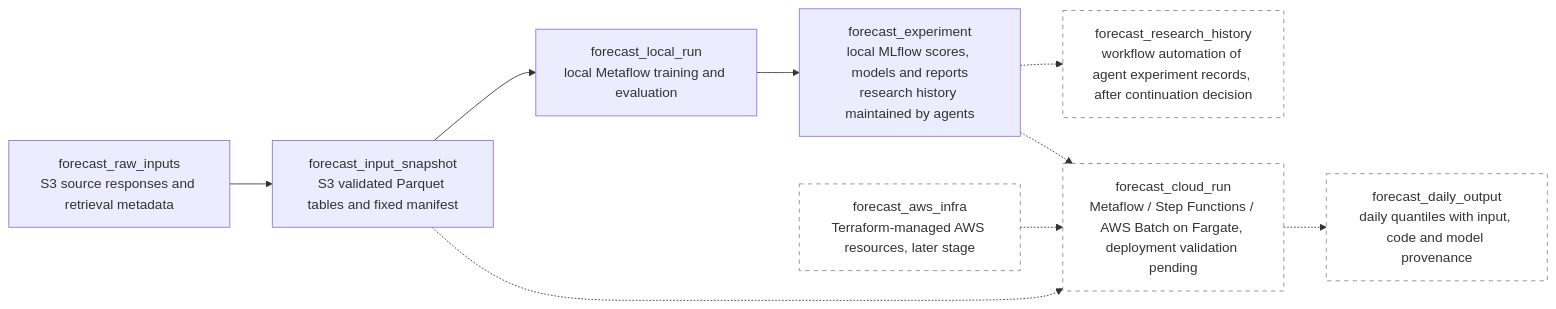
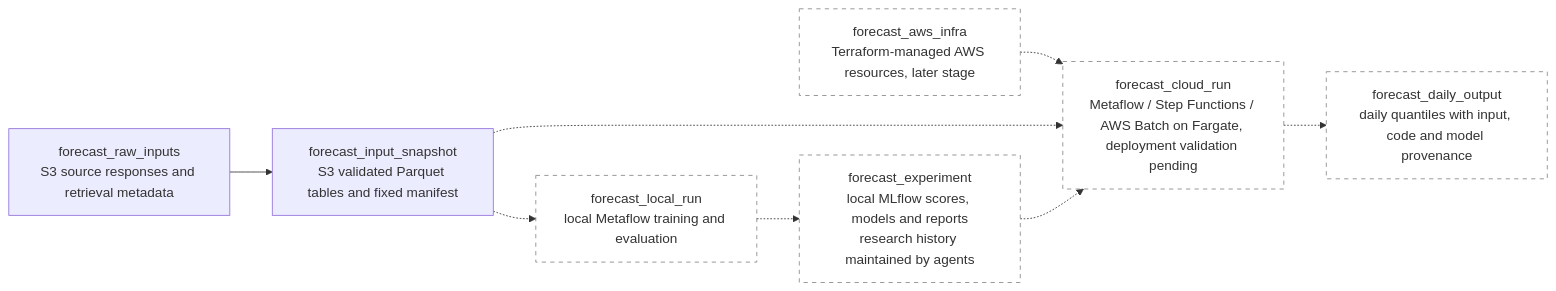
One commit to zoltanmaric/coppersushi changed the diagram in wiki/price-forecasting.md. Above: the diagram before and after it, drawn with Mermaid.

Commit message:
Defer architecture presentation to the frontend layer

````diff
--- a/wiki/price-forecasting.md
+++ b/wiki/price-forecasting.md
@@ -17,25 +19,22 @@
 ```mermaid
 flowchart LR
     classDef planned stroke-dasharray: 5 5,stroke:#888,fill:none
 
     forecast_raw_inputs["forecast_raw_inputs<br/>S3 source responses and retrieval metadata"]
     forecast_input_snapshot["forecast_input_snapshot<br/>S3 validated Parquet tables and fixed manifest"]
-    forecast_local_run["forecast_local_run<br/>local Metaflow training and evaluation"]
-    forecast_experiment["forecast_experiment<br/>local MLflow scores, models and reports<br/>research history maintained by agents"]
+    forecast_local_run["forecast_local_run<br/>local Metaflow training and evaluation"]:::planned
+    forecast_experiment["forecast_experiment<br/>local MLflow scores, models and reports<br/>research history maintained by agents"]:::planned
 
     forecast_raw_inputs --> forecast_input_snapshot
-    forecast_input_snapshot --> forecast_local_run
-    forecast_local_run --> forecast_experiment
-
-    forecast_research_history["forecast_research_history<br/>workflow automation of agent experiment records, after continuation decision"]:::planned
-    forecast_experiment -.-> forecast_research_history
+    forecast_input_snapshot -.-> forecast_local_run
+    forecast_local_run -.-> forecast_experiment
 
     forecast_aws_infra["forecast_aws_infra<br/>Terraform-managed AWS resources, later stage"]:::planned
     forecast_cloud_run["forecast_cloud_run<br/>Metaflow / Step Functions / AWS Batch on Fargate, deployment validation pending"]:::planned
     forecast_daily_output["forecast_daily_output<br/>daily quantiles with input, code and model provenance"]:::planned
 
     forecast_aws_infra -.-> forecast_cloud_run
     forecast_input_snapshot -.-> forecast_cloud_run
     forecast_experiment -.-> forecast_cloud_run
     forecast_cloud_run -.-> forecast_daily_output
 ```
````
